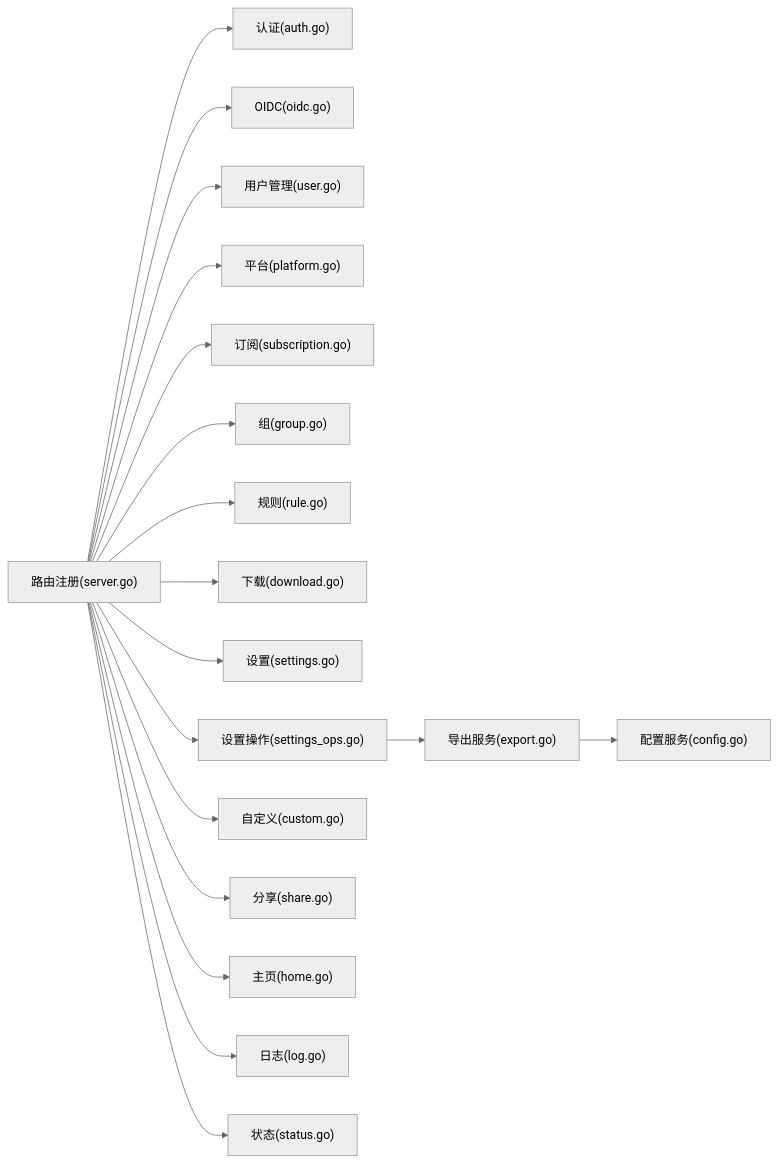
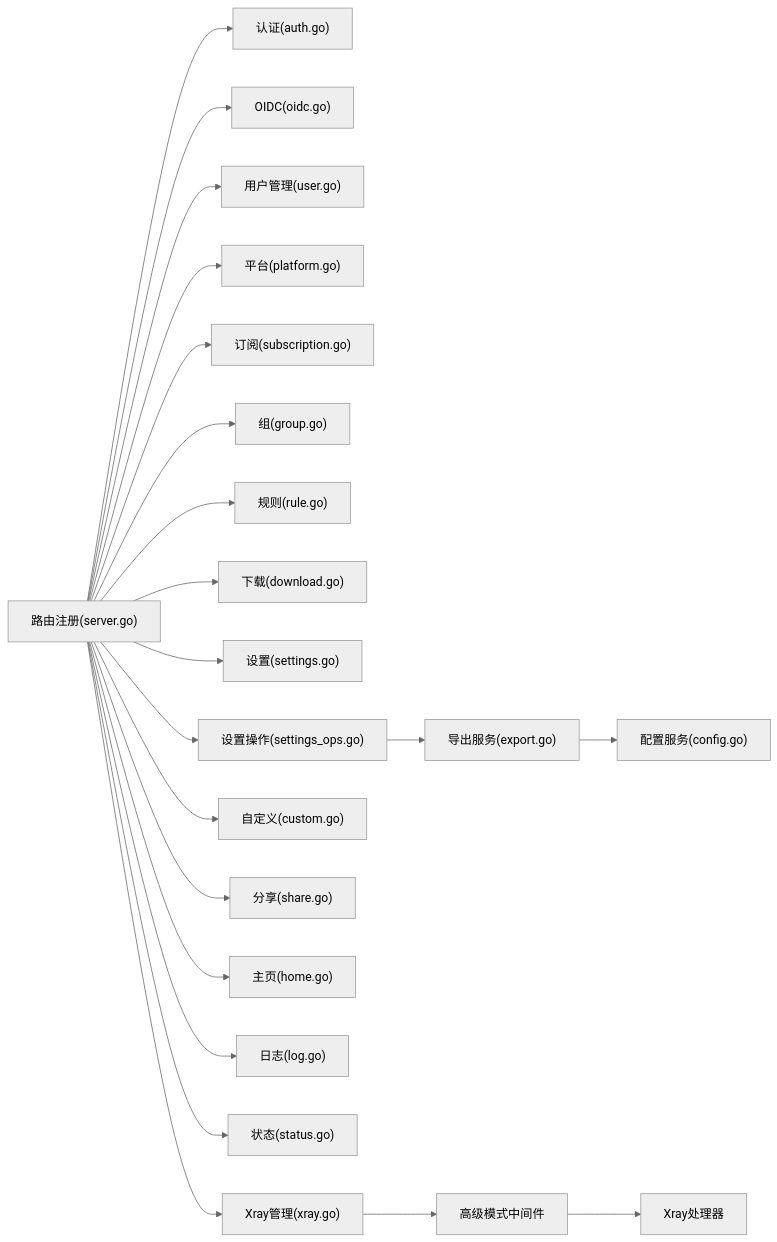
One commit to AlcaProphet/VPN-Subscription-Management changed the third of 8 diagrams in .qoder/repowiki/zh/content/API接口文档/API接口文档.md. Above: the diagram before and after it, drawn with Mermaid (neutral theme). The commit also changed other lines of this file and 7 other files, not shown here.

````diff
--- a/.qoder/repowiki/zh/content/API接口文档/API接口文档.md
+++ b/.qoder/repowiki/zh/content/API接口文档/API接口文档.md
@@ -667,20 +769,23 @@
 ```mermaid
 graph LR
 R["路由注册(server.go)"] --> A["认证(auth.go)"]
 R --> O["OIDC(oidc.go)"]
 R --> U["用户管理(user.go)"]
 R --> P["平台(platform.go)"]
 R --> S["订阅(subscription.go)"]
 R --> G["组(group.go)"]
 R --> RU["规则(rule.go)"]
 R --> D["下载(download.go)"]
 R --> ST["设置(settings.go)"]
 R --> SO["设置操作(settings_ops.go)"]
 R --> C["自定义(custom.go)"]
 R --> SH["分享(share.go)"]
 R --> H["主页(home.go)"]
 R --> L["日志(log.go)"]
 R --> SS["状态(status.go)"]
+R --> XR["Xray管理(xray.go)"]
 SO --> ES["导出服务(export.go)"]
 ES --> CFG["配置服务(config.go)"]
+XR --> AM["高级模式中间件"]
+AM --> XRH["Xray处理器"]
 ```
````
